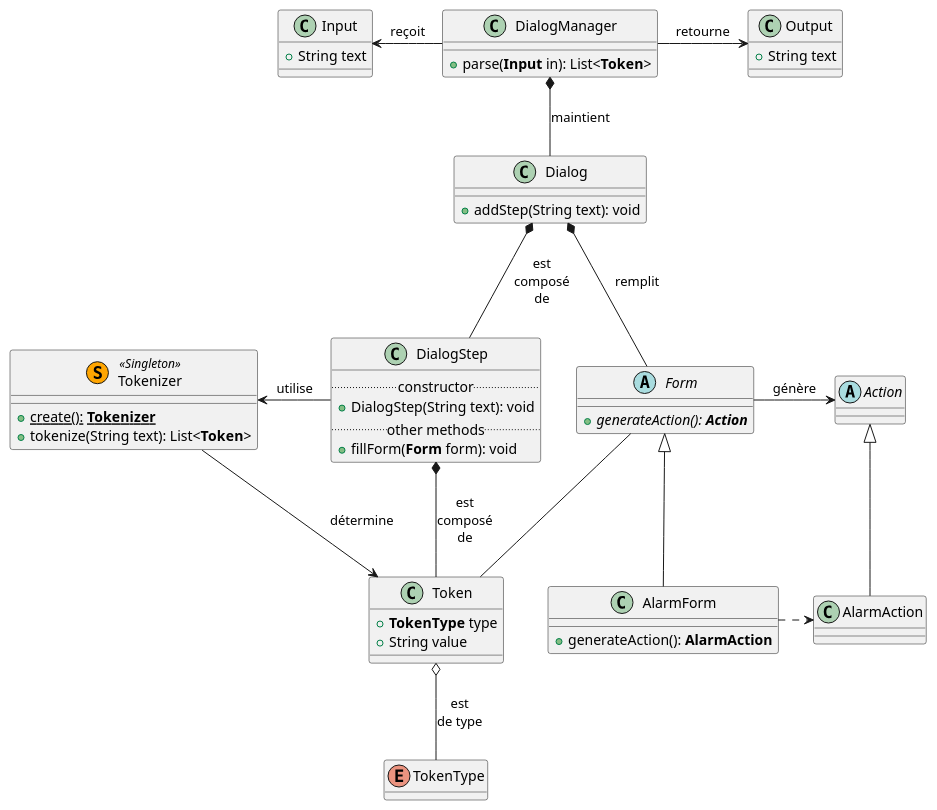
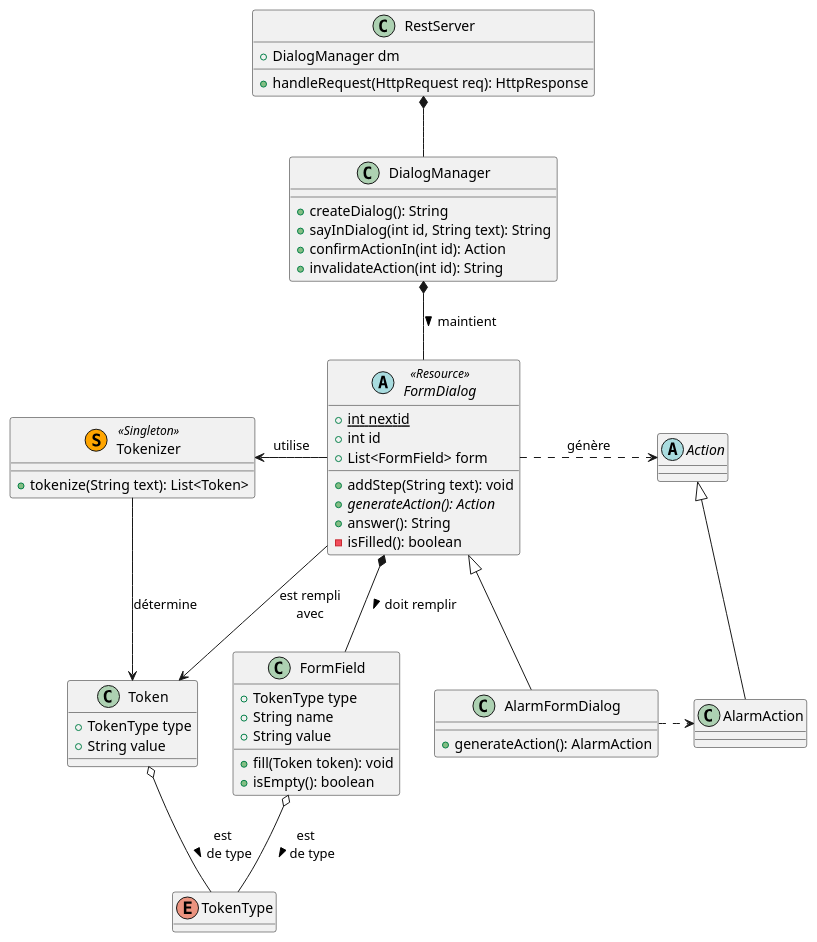
One commit to alexandre-lelain/ihme-agent-assistant changed the diagram in conception/source/classDiagram.puml. Above: the diagram before and after it, drawn with PlantUML.

Commit message:
Diagramme de classes partie serveur fini
Partie serveur terminée.
Reste la partie client mobile, plus simple (on peut le faire à la volée).

```diff
--- a/conception/source/classDiagram.puml
+++ b/conception/source/classDiagram.puml
@@ -1,56 +1,58 @@
 @startuml
 
-class Tokenizer << (S, orange) Singleton>>{
-    +{static} create(): <b>Tokenizer</b>
-    +tokenize(String text): List<<b>Token</b>>
+class RestServer {
+    +DialogManager dm
+    +handleRequest(HttpRequest req): HttpResponse
+}
+class DialogManager {
+    +createDialog(): String
+    +sayInDialog(int id, String text): String
+    +confirmActionIn(int id): Action
+    +invalidateAction(int id): String 
+}
+abstract class FormDialog <<Resource>> {
+    +{static} int nextid
+    +int id
+    +List<FormField> form
+    +addStep(String text): void
+    +{abstract} generateAction(): Action
+    +answer(): String
+    -isFilled(): boolean
+}
+class FormField {
+    +TokenType type
+    +String name
+    +String value
+    +fill(Token token): void
+    +isEmpty(): boolean
+}
+class AlarmFormDialog {
+    +generateAction(): AlarmAction
+}
+abstract class Action
+class AlarmAction
+class Tokenizer <<(S, orange) Singleton>> {
+    +tokenize(String text): List<Token>
 }
 class Token {
-    +<b>TokenType</b> type
+    +TokenType type
     +String value
 }
 enum TokenType
+
 hide TokenType methods
-class DialogManager {
-    +parse(<b>Input</b> in): List<<b>Token</b>>
-}
-class Dialog {
-    +addStep(String text): void
-}
-class DialogStep {
-    .. constructor ..
-    +DialogStep(String text): void
-    .. other methods ..
-    +fillForm(<b>Form</b> form): void
-}
-abstract class Form {
-    +{abstract} generateAction(): <b>Action</b>
-}
-class AlarmForm {
-    +generateAction(): <b>AlarmAction</b>
-}
-abstract class Action
-class AlarmAction
-class Input {
-    +String text
-}
-class Output {
-    +String text
-}
 
-DialogManager -left-> Input : reçoit
-DialogManager -> Output : retourne
-DialogManager *-- Dialog : maintient
-Dialog *-- DialogStep : est\ncomposé\nde
-Dialog *-- Form : remplit
-DialogStep *-- Token : est\ncomposé\nde
-DialogStep -left-> Tokenizer : utilise
-Form -> Action : génère
-Form <|-- AlarmForm
+RestServer *-- DialogManager
+DialogManager *-- FormDialog : maintient >
+FormDialog -left-> Tokenizer : utilise
+FormDialog *-- FormField : doit remplir >
+Tokenizer --> Token : détermine
+FormDialog --> Token : est rempli\navec
+Token o- TokenType : est\nde type >
+FormField o-- TokenType : est\nde type >
+FormDialog .> Action : génère
+FormDialog <|-- AlarmFormDialog
 Action <|-- AlarmAction
-AlarmForm .> AlarmAction
-Tokenizer --> Token : détermine
-Token o-- TokenType : est\nde type
-Form -- Token
-
+AlarmFormDialog .> AlarmAction
 
 @enduml
```
